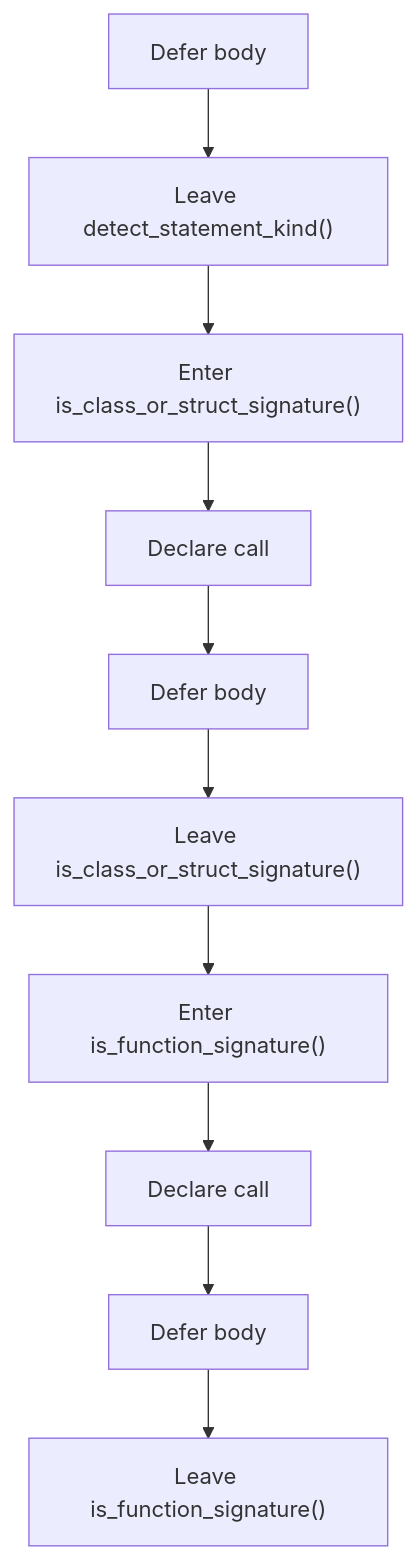
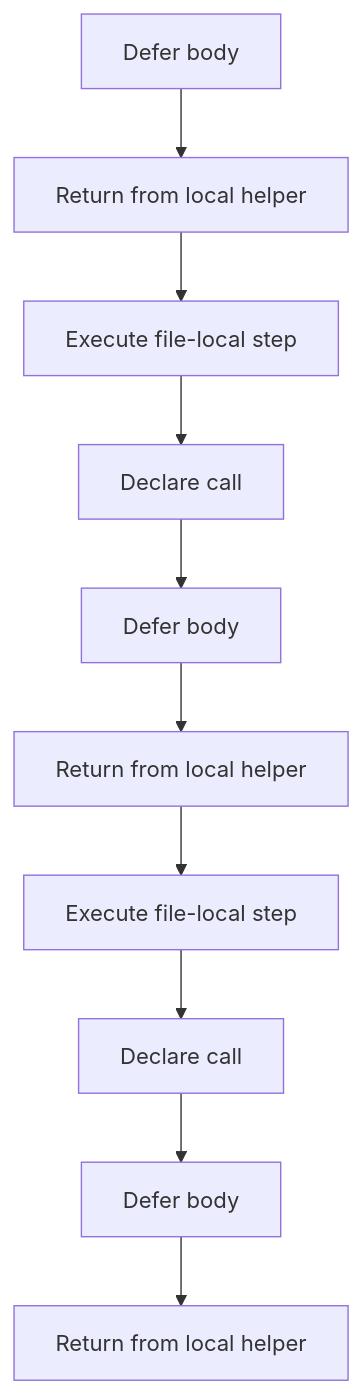
One commit to JohnAndrewBalbarosa/NeoTerritory changed the seventh of 8 diagrams in docs/Codebase/Microservice/Modules/Header/SyntacticBrokenAST/Trees/Actual/Internal/Flow/parse_tree_internal_program_flow_01.hpp.md. Above: the diagram before and after it, drawn with Mermaid. The commit also changed other lines of this file and 925 other files, not shown here.

````diff
--- a/docs/Codebase/Microservice/Modules/Header/SyntacticBrokenAST/Trees/Actual/Internal/Flow/parse_tree_internal_program_flow_01.hpp.md
+++ b/docs/Codebase/Microservice/Modules/Header/SyntacticBrokenAST/Trees/Actual/Internal/Flow/parse_tree_internal_program_flow_01.hpp.md
@@ -171,22 +171,22 @@
 ```mermaid
 flowchart TD
     N0["Defer body"]
-    N1["Leave detect_statement_kind()"]
-    N2["Enter is_class_or_struct_signature()"]
+    N1["Return from local helper"]
+    N2["Execute file-local step"]
     N3["Declare call"]
     N4["Defer body"]
-    N5["Leave is_class_or_struct_signature()"]
-    N6["Enter is_function_signature()"]
+    N5["Return from local helper"]
+    N6["Execute file-local step"]
     N7["Declare call"]
     N8["Defer body"]
-    N9["Leave is_function_signature()"]
+    N9["Return from local helper"]
     N0 --> N1
     N1 --> N2
     N2 --> N3
     N3 --> N4
     N4 --> N5
     N5 --> N6
     N6 --> N7
     N7 --> N8
     N8 --> N9
 ```
````
